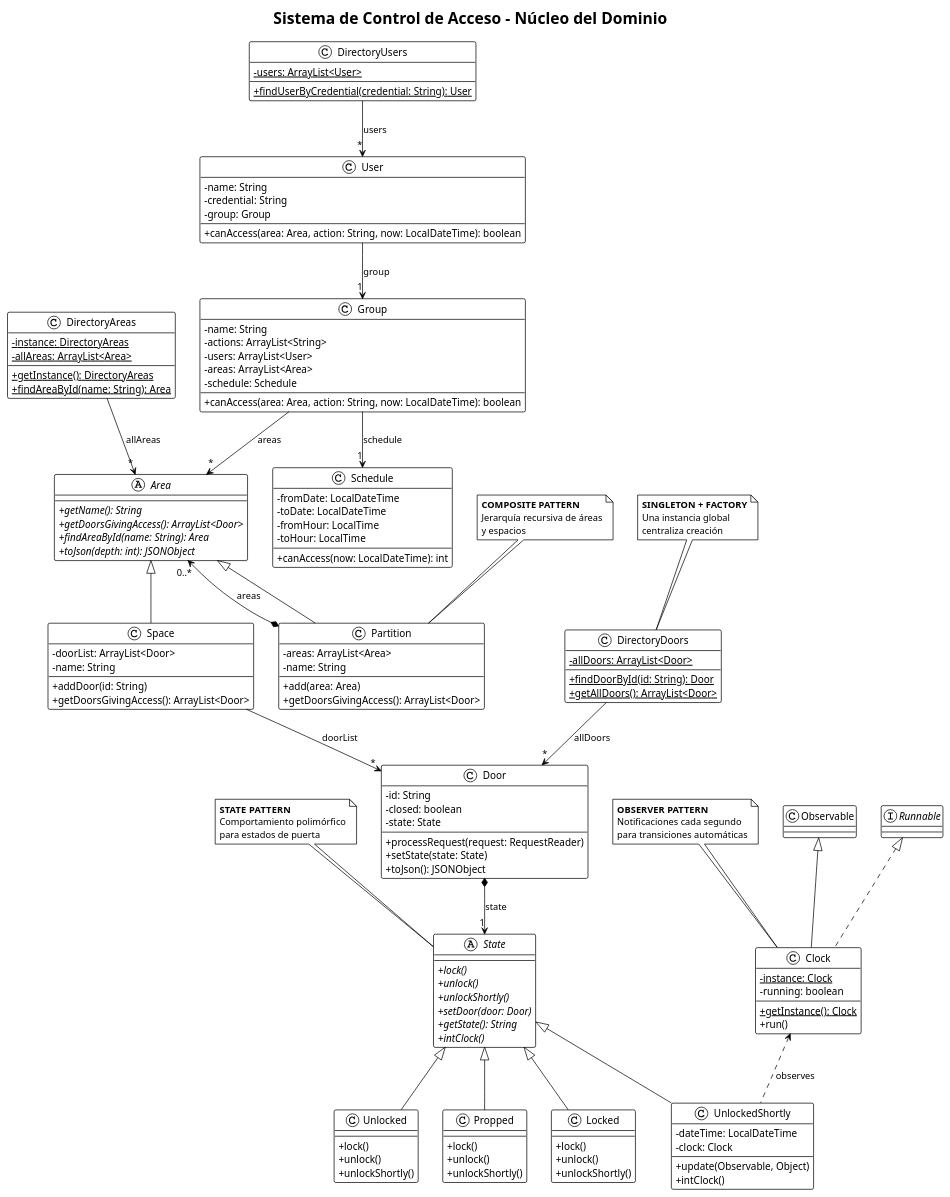
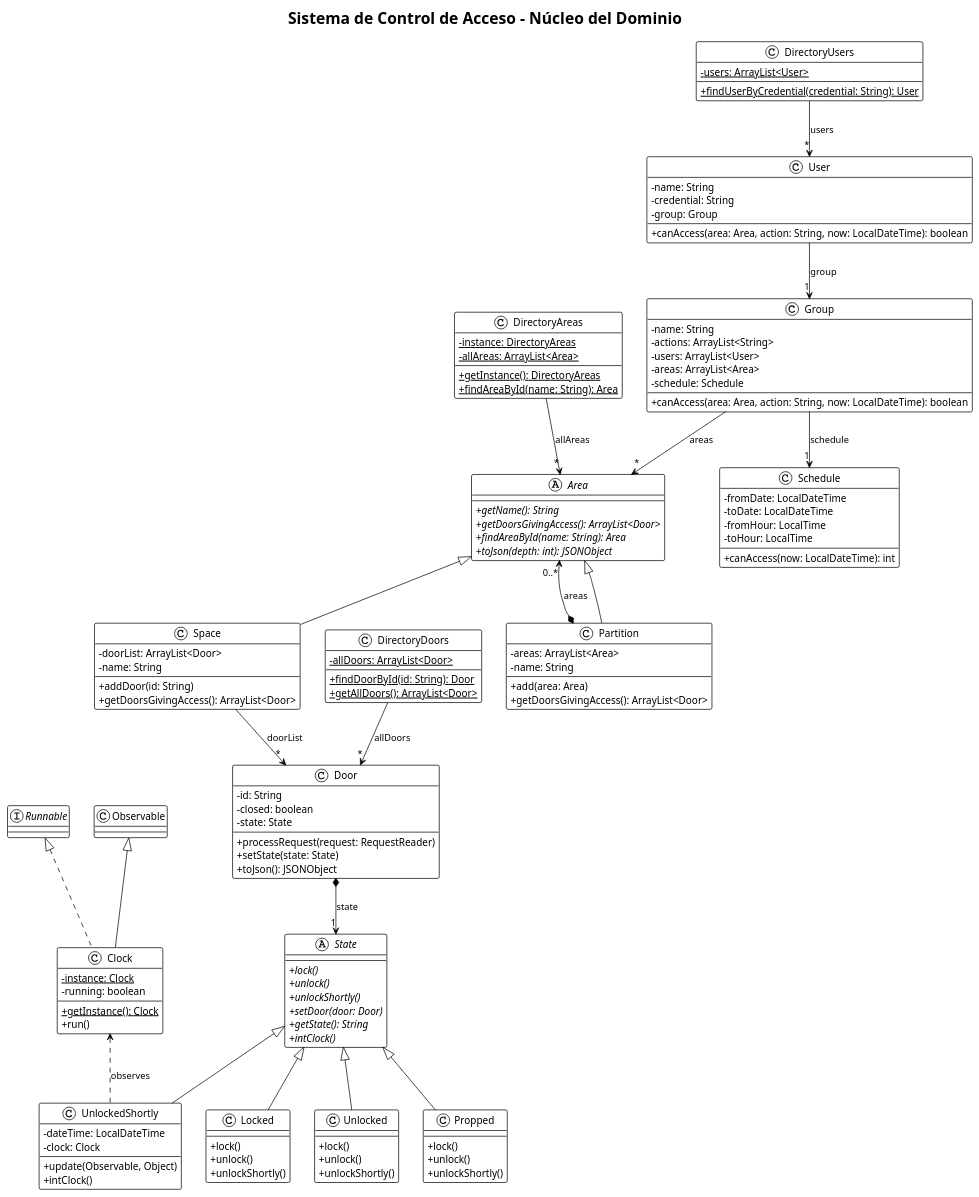
One commit to Mura894/acs_students_grup41 changed the diagram in src/baseNoStates/uml/base_no_states.puml. Above: the diagram before and after it, drawn with PlantUML. The commit also changed 1 other file, not shown here.

```diff
--- a/src/baseNoStates/uml/base_no_states.puml
+++ b/src/baseNoStates/uml/base_no_states.puml
@@ -1,168 +1,143 @@
 @startuml
 !theme plain
 skinparam classAttributeIconSize 0
 title Sistema de Control de Acceso - Núcleo del Dominio
 
 ' === SISTEMA DE PUERTAS Y ESTADOS (STATE PATTERN) ===
 class Door {
   - id: String
   - closed: boolean
   - state: State
   + processRequest(request: RequestReader)
   + setState(state: State)
   + toJson(): JSONObject
 }
 
 abstract class State {
   + {abstract} lock()
   + {abstract} unlock()
   + {abstract} unlockShortly()
   + {abstract} setDoor(door: Door)
   + {abstract} getState(): String
   + {abstract} intClock()
 }
 
 class Locked {
   + lock()
   + unlock()
   + unlockShortly()
 }
 
 class Unlocked {
   + lock()
   + unlock()
   + unlockShortly()
 }
 
 class UnlockedShortly {
   - dateTime: LocalDateTime
   - clock: Clock
   + update(Observable, Object)
   + intClock()
 }
 
 class Propped {
   + lock()
   + unlock()
   + unlockShortly()
 }
 
 Door *--> "1" State : state
 State <|-- Locked
 State <|-- Unlocked
 State <|-- UnlockedShortly
 State <|-- Propped
 
 ' === SISTEMA DE ÁREAS (COMPOSITE PATTERN) ===
 abstract class Area {
   + {abstract} getName(): String
   + {abstract} getDoorsGivingAccess(): ArrayList<Door>
   + {abstract} findAreaById(name: String): Area
   + {abstract} toJson(depth: int): JSONObject
 }
 
 class Space extends Area {
   - doorList: ArrayList<Door>
   - name: String
   + addDoor(id: String)
   + getDoorsGivingAccess(): ArrayList<Door>
 }
 
 class Partition extends Area {
   - areas: ArrayList<Area>
   - name: String
   + add(area: Area)
   + getDoorsGivingAccess(): ArrayList<Door>
 }
 
 Partition *--> "0..*" Area : areas
 Space --> "*" Door : doorList
 
 ' === SISTEMA DE USUARIOS Y PERMISOS (RBAC) ===
 class User {
   - name: String
   - credential: String
   - group: Group
   + canAccess(area: Area, action: String, now: LocalDateTime): boolean
 }
 
 class Group {
   - name: String
   - actions: ArrayList<String>
   - users: ArrayList<User>
   - areas: ArrayList<Area>
   - schedule: Schedule
   + canAccess(area: Area, action: String, now: LocalDateTime): boolean
 }
 
 class Schedule {
   - fromDate: LocalDateTime
   - toDate: LocalDateTime
   - fromHour: LocalTime
   - toHour: LocalTime
   + canAccess(now: LocalDateTime): int
 }
 
 User --> "1" Group : group
 Group --> "1" Schedule : schedule
 Group --> "*" Area : areas
 
 ' === SISTEMA DE TIEMPO (OBSERVER PATTERN) ===
 class Clock extends Observable implements Runnable {
   - {static} instance: Clock
   - running: boolean
   + {static} getInstance(): Clock
   + run()
 }
 
 UnlockedShortly .up.> Clock : observes
 
 ' === DIRECTORIOS (SINGLETON + FACTORY) ===
 class DirectoryDoors {
   - {static} allDoors: ArrayList<Door>
   + {static} findDoorById(id: String): Door
   + {static} getAllDoors(): ArrayList<Door>
 }
 
 class DirectoryUsers {
   - {static} users: ArrayList<User>
   + {static} findUserByCredential(credential: String): User
 }
 
 class DirectoryAreas {
   - {static} instance: DirectoryAreas
   - {static} allAreas: ArrayList<Area>
   + {static} getInstance(): DirectoryAreas
   + {static} findAreaById(name: String): Area
 }
 
 DirectoryDoors --> "*" Door : allDoors
 DirectoryUsers --> "*" User : users
 DirectoryAreas --> "*" Area : allAreas
 
-' === NOTAS EXPLICATIVAS ===
-note top of State
-<b>STATE PATTERN</b>
-Comportamiento polimórfico
-para estados de puerta
-end note
-
-note top of Partition
-<b>COMPOSITE PATTERN</b>
-Jerarquía recursiva de áreas
-y espacios
-end note
-
-note top of Clock
-<b>OBSERVER PATTERN</b>
-Notificaciones cada segundo
-para transiciones automáticas
-end note
-
-note top of DirectoryDoors
-<b>SINGLETON + FACTORY</b>
-Una instancia global
-centraliza creación
-end note
-
 @enduml
```
